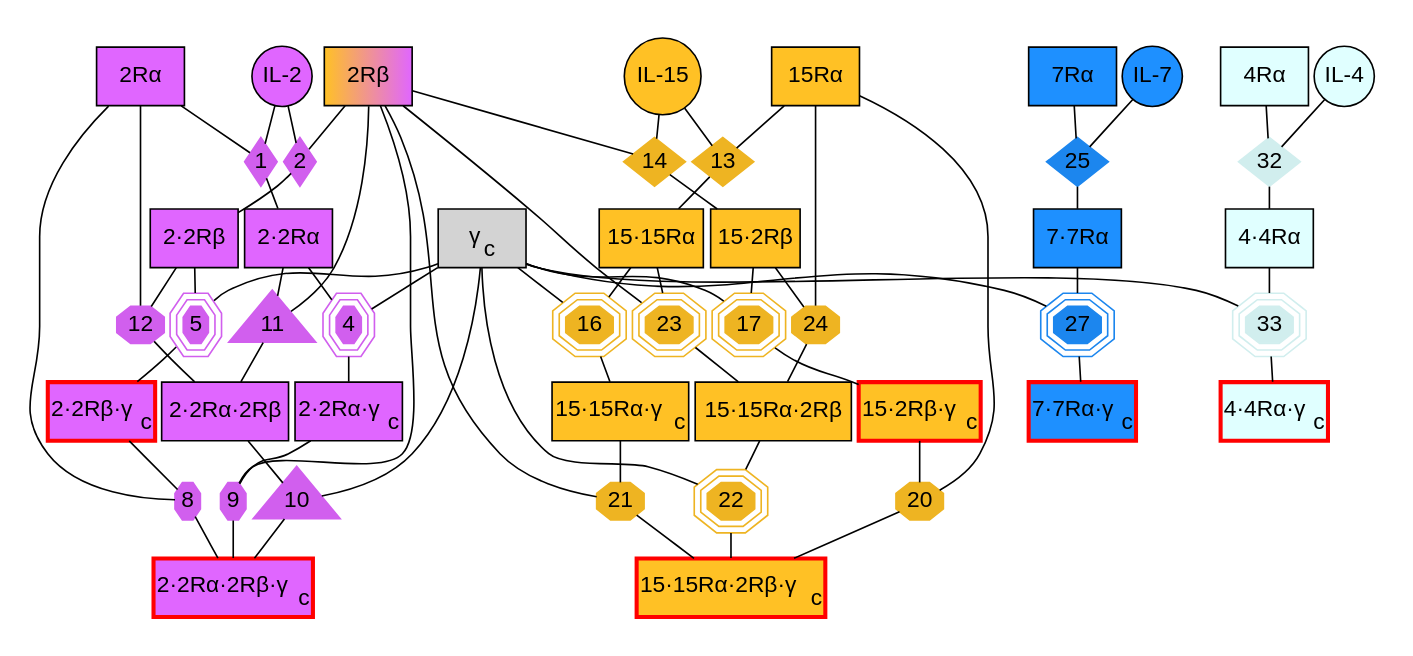
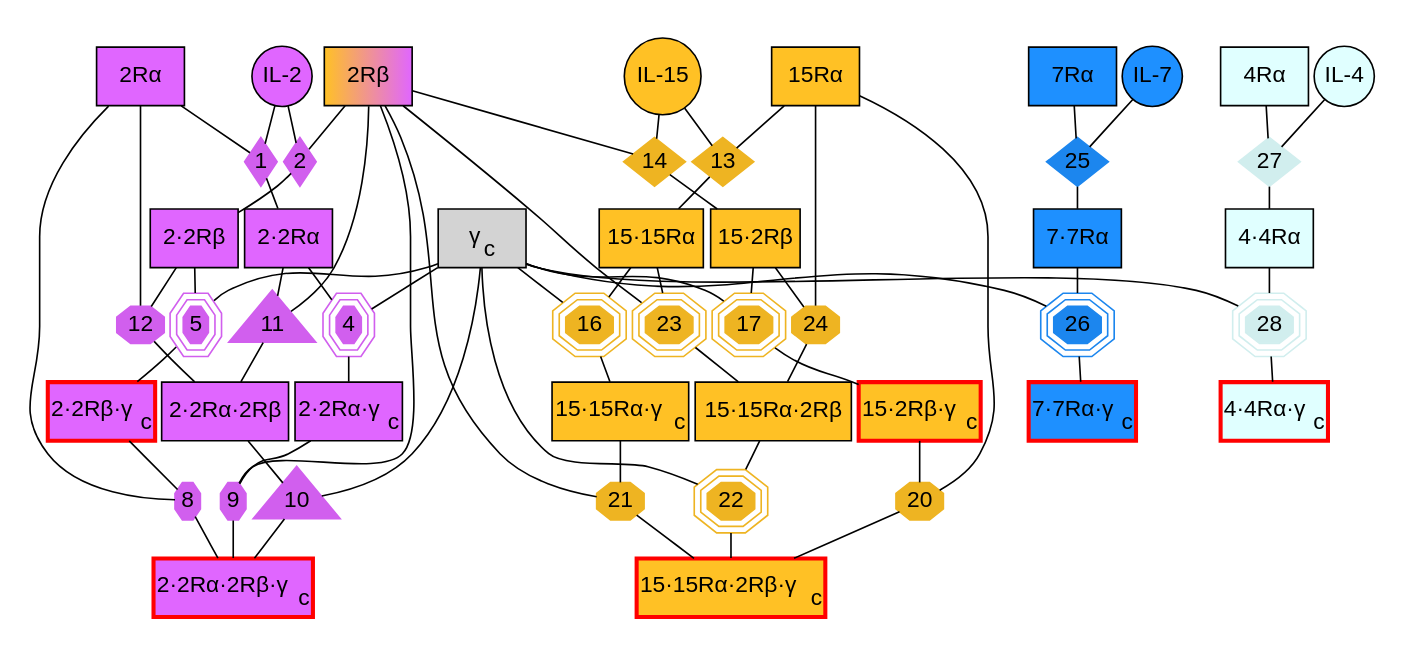
One commit to meyer-lab/gc-cytokines changed the diagram in ckine/data/graph_all.gv. Above: the diagram before and after it, drawn with Graphviz.

```diff
--- a/ckine/data/graph_all.gv
+++ b/ckine/data/graph_all.gv
@@ -1,178 +1,178 @@
 digraph cgamma_cytok {
     ratio = "compress";
     graph [pad=0, ranksep=0.2, nodesep=0.05];
 
     subgraph specises {
         node [margin=0.03];
         rank="max";
         "gc"    [label=<γ<SUB>c</SUB>>, shape=box, style=filled, BGCOLOR="white", fontname = "helvetica"];
     }
 
     subgraph species {
         node [margin=0.03];
 
         "IL-2"   [shape=circle, fontname = "helvetica", fillcolor=mediumorchid1, style=filled ];
         "2Rα" [shape=box, fontname = "helvetica", fillcolor=mediumorchid1, style=filled   ];
         "2Rβ" [shape=box, style=filled, fontname = "helvetica", fillcolor="goldenrod1:mediumorchid1", style=filled];
         "2·2Rα" [shape=box, fontname = "helvetica", fillcolor=mediumorchid1, style=filled];
         "2·2Rβ" [shape=box, fontname = "helvetica", fillcolor=mediumorchid1, style=filled];
         "2·2Rα" [shape=box, fontname = "helvetica", fillcolor=mediumorchid1, style=filled];
         "2·2Rα" [shape=box, fontname = "helvetica", fillcolor=mediumorchid1, style=filled];
         "2·2Rα·2Rβ" [shape=box, fontname = "helvetica", fillcolor=mediumorchid1, style=filled ];
         "2·2Rα·gc" [label=<2·2Rα·γ<SUB>c</SUB>>, shape=box, fontname = "helvetica" , fillcolor=mediumorchid1, style=filled];
         "2·2Rβ·gc" [label=<2·2Rβ·γ<SUB>c</SUB>>, shape=box, color=red, fontname = "helvetica" , fillcolor=mediumorchid1, style=filled, penwidth=2.5];
         "2·2Rα·2Rβ·gc" [label=<2·2Rα·2Rβ·γ<SUB>c</SUB>>, shape=box, color=red, fontname = "helvetica", fillcolor=mediumorchid1, style=filled , penwidth=2.5];
 
         "IL-15"  [shape=circle, fontname = "helvetica", fillcolor=goldenrod1, style=filled];
         "15Rα"    [shape=box, fontname = "helvetica", fillcolor=goldenrod1, style=filled];
         "15·15Rα"   [shape=box, fontname = "helvetica", fillcolor=goldenrod1, style=filled];
         "15·2Rβ"    [shape=box, fontname = "helvetica", fillcolor=goldenrod1, style=filled];
         "15·15Rα·2Rβ" [shape=box, fontname = "helvetica", fillcolor=goldenrod1, style=filled];
         "15·15Rα·gc"    [label=<15·15Rα·γ<SUB>c</SUB>>, shape=box, fontname = "helvetica", fillcolor=goldenrod1, style=filled];
         "15·2Rβ·gc" [label=<15·2Rβ·γ<SUB>c</SUB>>, shape=box, color=red, fontname = "helvetica", fillcolor=goldenrod1, style=filled, penwidth=2.5];
         "15·15Rα·2Rβ·gc"  [label=<15·15Rα·2Rβ·γ<SUB>c</SUB>>, shape=box, color=red, fontname = "helvetica", fillcolor=goldenrod1, style=filled, penwidth=2.5];
 
         "IL-7"   [shape=circle, fontname = "helvetica", fillcolor=dodgerblue, style=filled];
         "7Rα" [shape=box, fontname = "helvetica", fillcolor=dodgerblue, style=filled];
         "7·7Rα" [shape=box, fontname = "helvetica", fillcolor=dodgerblue, style=filled];
         "7·7Rα·gc"  [label=<7·7Rα·γ<SUB>c</SUB>>, shape=box, color=red, fontname = "helvetica", fillcolor=dodgerblue, style=filled, penwidth=2.5];
 
         "IL-4"   [shape=circle, fontname = "helvetica", fillcolor=lightcyan, style=filled];
         "4Rα" [shape=box, fontname = "helvetica" , fillcolor=lightcyan, style=filled   ];
         "4·4Rα" [shape=box, fontname = "helvetica", fillcolor=lightcyan, style=filled];
         "4·4Rα·gc" [label=<4·4Rα·γ<SUB>c</SUB>>, shape=box, color=red, fontname = "helvetica" , fillcolor=lightcyan, style=filled , penwidth=2.5];
     }
 
     subgraph cluster_IL2 {
     	node [style=filled,color=mediumorchid2, margin=0];
         penwidth=0;
 
         "1" [shape=diamond,style=filled,height=.1,width=.1, fontname = "helvetica"];
         "IL-2" -> "1" [dir=none,weight=1];
         "2Rα" -> "1" [dir=none,weight=1];
         "1" -> "2·2Rα" [dir=none, weight=2];
 
         "2" [shape=diamond,style=filled,height=.1,width=.1, fontname = "helvetica"];
         "IL-2" -> "2" [dir=none,weight=1];
         "2Rβ" -> "2" [dir=none,weight=1];
         "2" -> "2·2Rβ" [dir=none, weight=2];
 
         "4" [shape=tripleoctagon,style=filled,height=.1,width=.1, fontname = "helvetica"];
         "2·2Rα" -> "4" [dir=none,weight=1];
         "gc" -> "4" [dir=none,weight=1];
         "4" -> "2·2Rα·gc" [dir=none, weight=2];
 
         "5" [shape=tripleoctagon,style=filled,height=.1,width=.1, fontname = "helvetica"];
         "2·2Rβ" -> "5" [dir=none,weight=1];
         "gc" -> "5" [dir=none,weight=1];
         "5" -> "2·2Rβ·gc" [dir=none, weight=2];
 
         "8" [shape=octagon,style=filled,height=.1,width=.1, fontname = "helvetica"];
         "2·2Rβ·gc" -> "8" [dir=none,weight=1];
         "2Rα" -> "8" [dir=none,weight=1];
         "8" -> "2·2Rα·2Rβ·gc" [dir=none, weight=2, fontname = "helvetica"];
 
         "9" [shape=octagon,style=filled,height=.1,width=.1, fontname = "helvetica"];
         "2·2Rα·gc" -> "9" [dir=none,weight=1];
         "2Rβ" -> "9" [dir=none,weight=1];
         "9" -> "2·2Rα·2Rβ·gc" [dir=none, weight=2];
 
         "10" [shape=triangle,style=filled,height=.1,width=.04, fontname = "helvetica"];
         "2·2Rα·2Rβ" -> "10" [dir=none,weight=1];
         "gc" -> "10" [dir=none,weight=1];
         "10" -> "2·2Rα·2Rβ·gc" [dir=none, weight=2];
 
         "11" [shape=triangle,style=filled,height=.1,width=.04, fontname = "helvetica"];
         "2·2Rα" -> "11" [dir=none,weight=1];
         "2Rβ" -> "11" [dir=none,weight=1];
         "11" -> "2·2Rα·2Rβ" [dir=none, weight=2];
 
         "12" [shape=octagon,style=filled,height=.1,width=.1, fontname = "helvetica"];
         "2·2Rβ" -> "12" [dir=none,weight=1];
         "2Rα" -> "12" [dir=none,weight=1];
         "12" -> "2·2Rα·2Rβ" [dir=none, weight=2];
     }
 
     subgraph cluster_IL15 {
     	node [style=filled,color=goldenrod2, margin=0];
         edge [dir=none, weight=1];
         penwidth=0;
 
         "13" [shape=diamond,style=filled,height=.1,width=.1, fontname = "helvetica"];
         "IL-15" -> "13";
         "15Rα" -> "13";
         "13" -> "15·15Rα";
 
         "14" [shape=diamond,style=filled,height=.1,width=.1, fontname = "helvetica"];
         "IL-15" -> "14";
         "2Rβ" -> "14";
         "14" -> "15·2Rβ";
 
         "16" [shape=tripleoctagon,style=filled,height=.1,width=.1, fontname = "helvetica"];
         "15·15Rα" -> "16";
         "gc" -> "16";
         "16" -> "15·15Rα·gc";
 
         "17" [shape=tripleoctagon,style=filled,height=.1,width=.1, fontname = "helvetica"];
         "15·2Rβ" -> "17";
         "gc" -> "17";
         "17" -> "15·2Rβ·gc";
 
         "20" [shape=octagon,style=filled,height=.1,width=.1, fontname = "helvetica"];
         "15·2Rβ·gc" -> "20";
         "15Rα" -> "20";
         "20" -> "15·15Rα·2Rβ·gc";
 
         "21" [shape=octagon,style=filled,height=.1,width=.1, fontname = "helvetica"];
         "15·15Rα·gc" -> "21";
         "2Rβ" -> "21";
         "21" -> "15·15Rα·2Rβ·gc";
 
         "22" [shape=tripleoctagon,style=filled,height=.1,width=.1, fontname = "helvetica"];
         "15·15Rα·2Rβ" -> "22";
         "gc" -> "22";
         "22" -> "15·15Rα·2Rβ·gc";
 
         "23" [shape=tripleoctagon,style=filled,height=.1,width=.1, fontname = "helvetica"];
         "15·15Rα" -> "23";
         "2Rβ" -> "23";
         "23" -> "15·15Rα·2Rβ";
 
         "24" [shape=octagon,style=filled,height=.1,width=.1, fontname = "helvetica"];
         "15·2Rβ" -> "24";
         "15Rα" -> "24";
         "24" -> "15·15Rα·2Rβ";
         }
 
     subgraph cluster_IL7 {
     	node [style=filled,color=dodgerblue2, margin=0];
         edge [dir=none, weight=1];
         penwidth=0;
         
         "25" [shape=diamond,style=filled,height=.1,width=.1, fontname = "helvetica"];
         "IL-7" -> "25";
         "7Rα" -> "25";
         "25" -> "7·7Rα";
 
-        "27" [shape=tripleoctagon,style=filled,height=.1,width=.1, fontname = "helvetica"];
-        "7·7Rα" -> "27";
-        "gc" -> "27";
-        "27" -> "7·7Rα·gc";
+        "26" [shape=tripleoctagon,style=filled,height=.1,width=.1, fontname = "helvetica"];
+        "7·7Rα" -> "26";
+        "gc" -> "26";
+        "26" -> "7·7Rα·gc";
     }
 
     subgraph cluster_IL4 {
     	node [style=filled, color=lightcyan2, margin=0];
         edge [dir=none, weight=1];
         penwidth=0;
         
-        "32" [shape=diamond, style=filled, height=0.1, width=0.1, fontname = "helvetica"];
-        "IL-4" -> "32";
-        "4Rα" -> "32";
-        "32" -> "4·4Rα";
+        "27" [shape=diamond, style=filled, height=0.1, width=0.1, fontname = "helvetica"];
+        "IL-4" -> "27";
+        "4Rα" -> "27";
+        "27" -> "4·4Rα";
 
-        "33" [shape=tripleoctagon,style=filled,height=.1,width=.1, fontname = "helvetica"];
-        "4·4Rα" -> "33";
-        "gc" -> "33";
-        "33" -> "4·4Rα·gc";
+        "28" [shape=tripleoctagon,style=filled,height=.1,width=.1, fontname = "helvetica"];
+        "4·4Rα" -> "28";
+        "gc" -> "28";
+        "28" -> "4·4Rα·gc";
     }
 }
```
